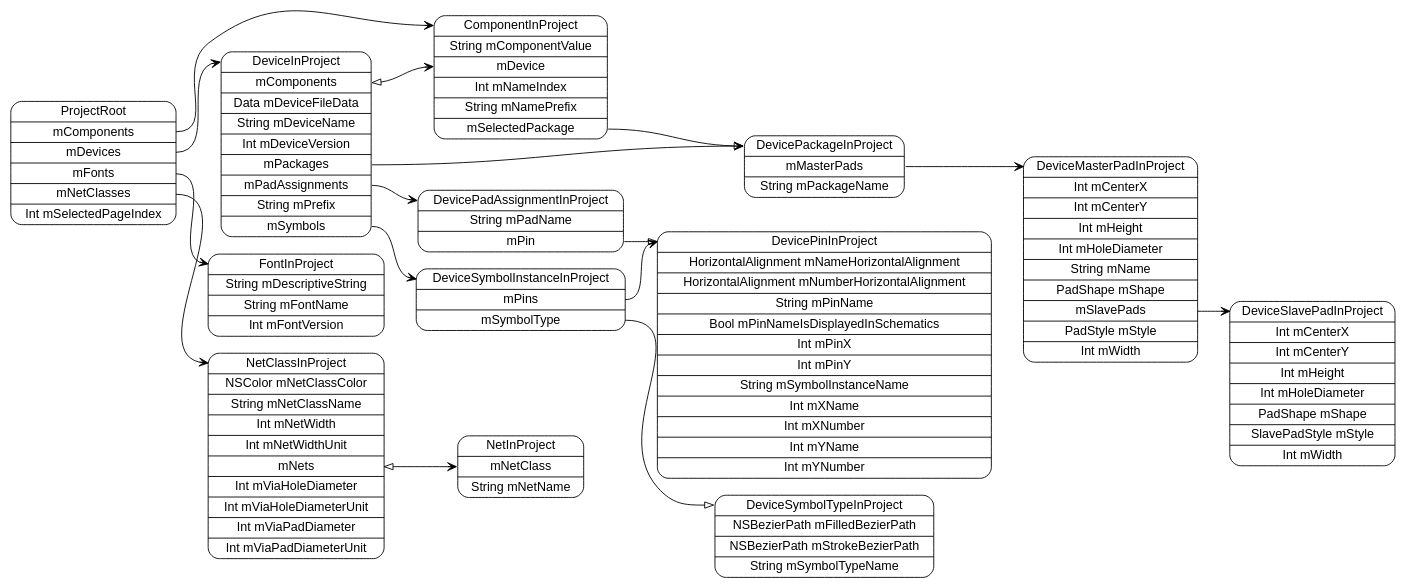
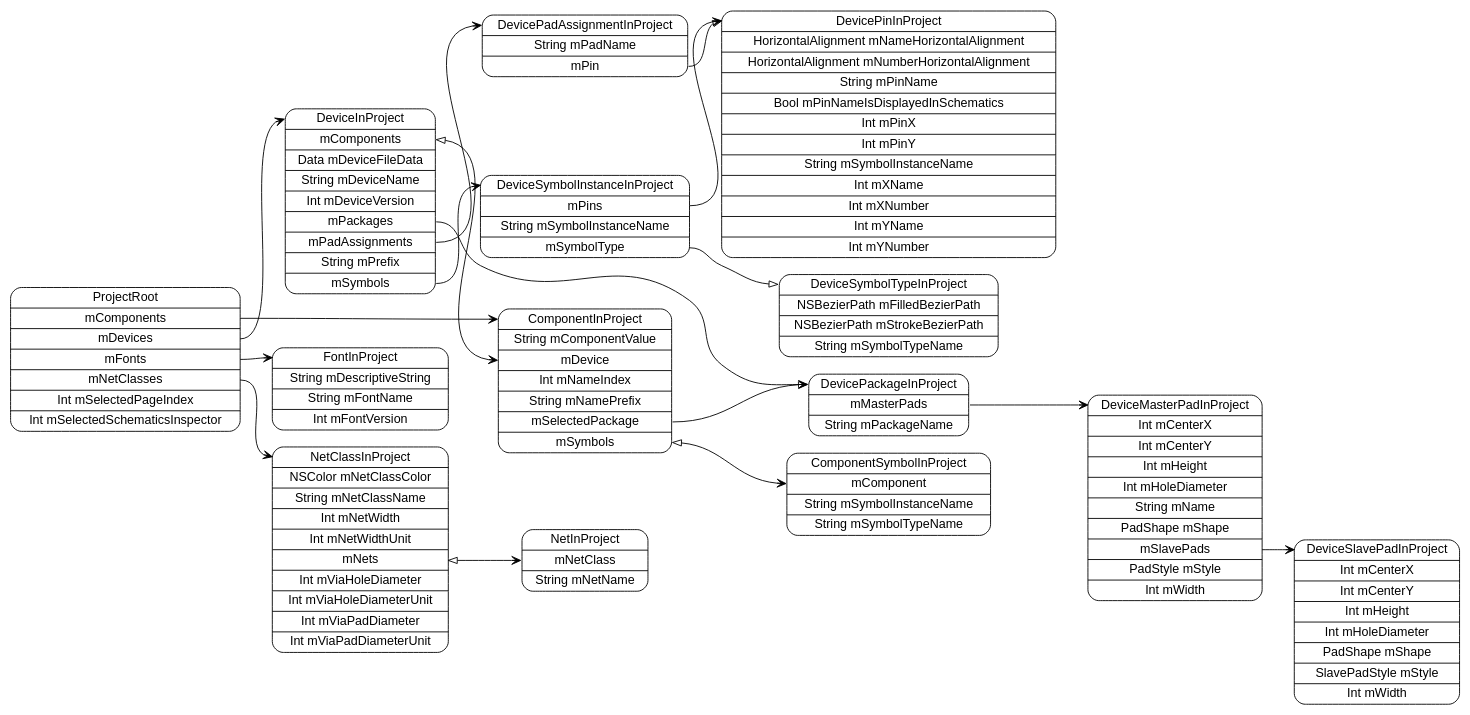
The diagram in models/ProjectRoot.dot (pierremolinaro/ElCanari-dev), drawn with Graphviz before and after one commit. The commit also changed 21 other files, not shown here.

```diff
--- a/models/ProjectRoot.dot
+++ b/models/ProjectRoot.dot
@@ -1,32 +1,34 @@
 digraph G {
   rankdir=LR ;
   node [shape=record fontname=helvetica style=rounded] ;
-  ProjectRoot[label="<ProjectRoot>ProjectRoot|<mComponents>mComponents|<mDevices>mDevices|<mFonts>mFonts|<mNetClasses>mNetClasses|Int mSelectedPageIndex"] ;
+  ProjectRoot[label="<ProjectRoot>ProjectRoot|<mComponents>mComponents|<mDevices>mDevices|<mFonts>mFonts|<mNetClasses>mNetClasses|Int mSelectedPageIndex|Int mSelectedSchematicsInspector"] ;
   NetClassInProject[label="<NetClassInProject>NetClassInProject|NSColor mNetClassColor|String mNetClassName|Int mNetWidth|Int mNetWidthUnit|<mNets>mNets|Int mViaHoleDiameter|Int mViaHoleDiameterUnit|Int mViaPadDiameter|Int mViaPadDiameterUnit"] ;
   NetInProject[label="<NetInProject>NetInProject|<mNetClass>mNetClass|String mNetName"] ;
   FontInProject[label="<FontInProject>FontInProject|String mDescriptiveString|String mFontName|Int mFontVersion"] ;
   DeviceInProject[label="<DeviceInProject>DeviceInProject|<mComponents>mComponents|Data mDeviceFileData|String mDeviceName|Int mDeviceVersion|<mPackages>mPackages|<mPadAssignments>mPadAssignments|String mPrefix|<mSymbols>mSymbols"] ;
-  DeviceSymbolInstanceInProject[label="<DeviceSymbolInstanceInProject>DeviceSymbolInstanceInProject|<mPins>mPins|<mSymbolType>mSymbolType"] ;
+  DeviceSymbolInstanceInProject[label="<DeviceSymbolInstanceInProject>DeviceSymbolInstanceInProject|<mPins>mPins|String mSymbolInstanceName|<mSymbolType>mSymbolType"] ;
   DeviceSymbolTypeInProject[label="<DeviceSymbolTypeInProject>DeviceSymbolTypeInProject|NSBezierPath mFilledBezierPath|NSBezierPath mStrokeBezierPath|String mSymbolTypeName"] ;
   DevicePinInProject[label="<DevicePinInProject>DevicePinInProject|HorizontalAlignment mNameHorizontalAlignment|HorizontalAlignment mNumberHorizontalAlignment|String mPinName|Bool mPinNameIsDisplayedInSchematics|Int mPinX|Int mPinY|String mSymbolInstanceName|Int mXName|Int mXNumber|Int mYName|Int mYNumber"] ;
   DevicePadAssignmentInProject[label="<DevicePadAssignmentInProject>DevicePadAssignmentInProject|String mPadName|<mPin>mPin"] ;
   DevicePackageInProject[label="<DevicePackageInProject>DevicePackageInProject|<mMasterPads>mMasterPads|String mPackageName"] ;
   DeviceMasterPadInProject[label="<DeviceMasterPadInProject>DeviceMasterPadInProject|Int mCenterX|Int mCenterY|Int mHeight|Int mHoleDiameter|String mName|PadShape mShape|<mSlavePads>mSlavePads|PadStyle mStyle|Int mWidth"] ;
   DeviceSlavePadInProject[label="<DeviceSlavePadInProject>DeviceSlavePadInProject|Int mCenterX|Int mCenterY|Int mHeight|Int mHoleDiameter|PadShape mShape|SlavePadStyle mStyle|Int mWidth"] ;
-  ComponentInProject[label="<ComponentInProject>ComponentInProject|String mComponentValue|<mDevice>mDevice|Int mNameIndex|String mNamePrefix|<mSelectedPackage>mSelectedPackage"] ;
+  ComponentInProject[label="<ComponentInProject>ComponentInProject|String mComponentValue|<mDevice>mDevice|Int mNameIndex|String mNamePrefix|<mSelectedPackage>mSelectedPackage|<mSymbols>mSymbols"] ;
+  ComponentSymbolInProject[label="<ComponentSymbolInProject>ComponentSymbolInProject|<mComponent>mComponent|String mSymbolInstanceName|String mSymbolTypeName"] ;
   ProjectRoot:mComponents -> ComponentInProject:ComponentInProject [dir=both arrowtail=none arrowhead=vee] ;
   ProjectRoot:mDevices -> DeviceInProject:DeviceInProject [dir=both arrowtail=none arrowhead=vee] ;
   ProjectRoot:mFonts -> FontInProject:FontInProject [dir=both arrowtail=none arrowhead=vee] ;
   ProjectRoot:mNetClasses -> NetClassInProject:NetClassInProject [dir=both arrowtail=none arrowhead=vee] ;
   NetClassInProject:mNets -> NetInProject:mNetClass [dir=both arrowtail=onormal arrowhead=vee] ;
   DeviceInProject:mComponents -> ComponentInProject:mDevice [dir=both arrowtail=onormal arrowhead=vee] ;
   DeviceInProject:mPackages -> DevicePackageInProject:DevicePackageInProject [dir=both arrowtail=none arrowhead=vee] ;
   DeviceInProject:mPadAssignments -> DevicePadAssignmentInProject:DevicePadAssignmentInProject [dir=both arrowtail=none arrowhead=vee] ;
   DeviceInProject:mSymbols -> DeviceSymbolInstanceInProject:DeviceSymbolInstanceInProject [dir=both arrowtail=none arrowhead=vee] ;
   DeviceSymbolInstanceInProject:mPins -> DevicePinInProject:DevicePinInProject [dir=both arrowtail=none arrowhead=vee] ;
   DeviceSymbolInstanceInProject:mSymbolType -> DeviceSymbolTypeInProject:DeviceSymbolTypeInProject [dir=both arrowtail=none arrowhead=onormal] ;
   DevicePadAssignmentInProject:mPin -> DevicePinInProject:DevicePinInProject [dir=both arrowtail=none arrowhead=onormal] ;
   DevicePackageInProject:mMasterPads -> DeviceMasterPadInProject:DeviceMasterPadInProject [dir=both arrowtail=none arrowhead=vee] ;
   DeviceMasterPadInProject:mSlavePads -> DeviceSlavePadInProject:DeviceSlavePadInProject [dir=both arrowtail=none arrowhead=vee] ;
   ComponentInProject:mSelectedPackage -> DevicePackageInProject:DevicePackageInProject [dir=both arrowtail=none arrowhead=onormal] ;
+  ComponentInProject:mSymbols -> ComponentSymbolInProject:mComponent [dir=both arrowtail=onormal arrowhead=vee] ;
 }
```
